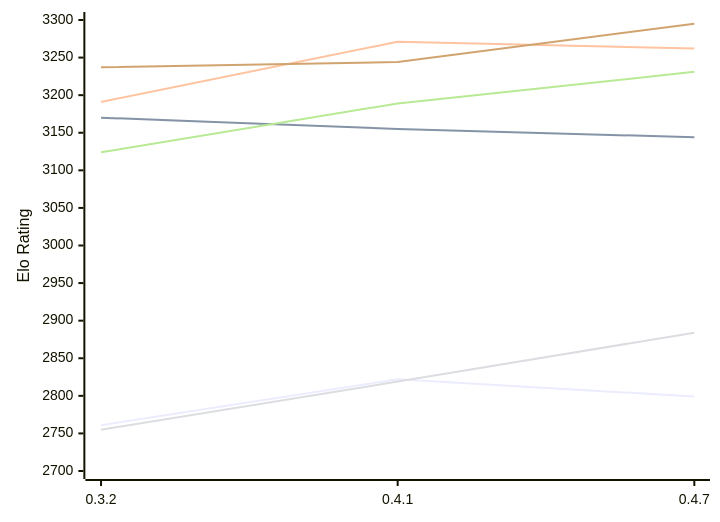
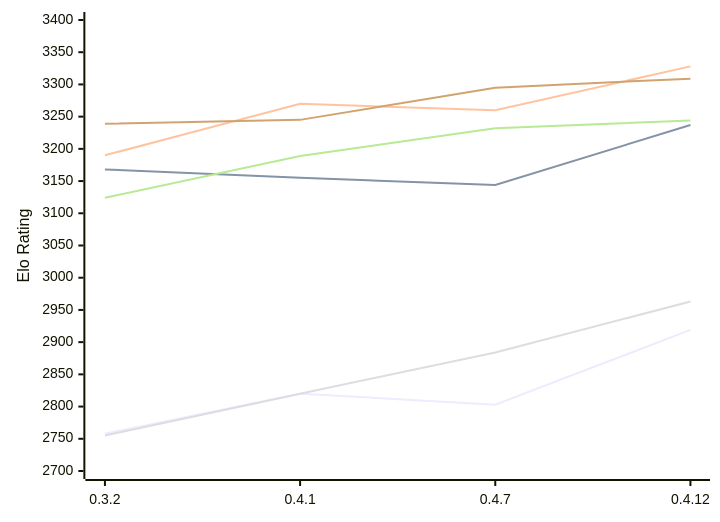
Before and after one commit to computer-chess-index/cci: the diagram in engines/Arabica.md, drawn with Mermaid. The commit also changed other lines of this file, not shown here.

Commit message:
Update CCI Ratings (ELO VLTC) - 2026-11-28

````diff
--- a/engines/Arabica.md
+++ b/engines/Arabica.md
@@ -51,12 +53,12 @@
 ```mermaid
 %%{init: {"theme":"base","themeVariables":{"seriesColors:['#a3a3a3','#222221','#faa371']}}}%%
 xychart-beta
-  x-axis ["0.3.2", "0.4.1", "0.4.7"]
-  y-axis "Elo Rating" 2700 --> 3300
-  line "E1: STC (8.0+0.08s)" [2761, 2822, 2799]
-  line "E1: LTC (60.0+0.60s)" [3170, 3155, 3144]
-  line "E1: VLTC (2m24s+1.12s)" [3191, 3271, 3262]
-  line "P1: STC (8.0+0.08s)" [2755, 2819, 2884]
-  line "P1: LTC (60.0+0.60s)" [3124, 3189, 3231]
-  line "P1: VLTC (2m24s+1.12s)" [3237, 3244, 3295]
+  x-axis ["0.3.2", "0.4.1", "0.4.7", "0.4.12"]
+  y-axis "Elo Rating" 2700 --> 3400
+  line "E1: STC (8.0+0.08s)" [2758, 2820, 2803, 2919]
+  line "E1: LTC (60.0+0.60s)" [3168, 3155, 3144, 3237]
+  line "E1: VLTC (2m24s+1.12s)" [3190, 3270, 3260, 3328]
+  line "P1: STC (8.0+0.08s)" [2755, 2820, 2884, 2963]
+  line "P1: LTC (60.0+0.60s)" [3124, 3189, 3232, 3244]
+  line "P1: VLTC (2m24s+1.12s)" [3239, 3245, 3295, 3309]
 ```
````
